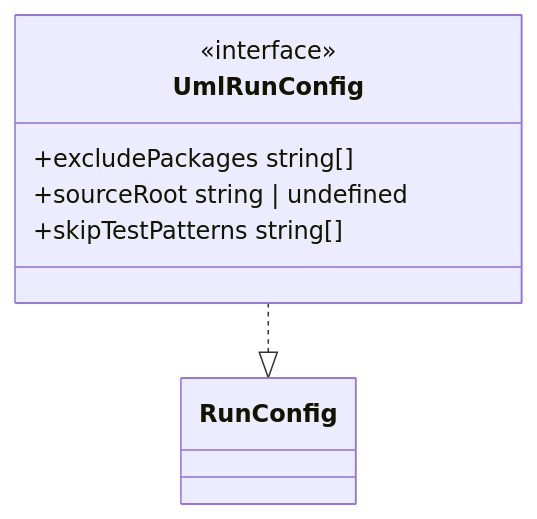
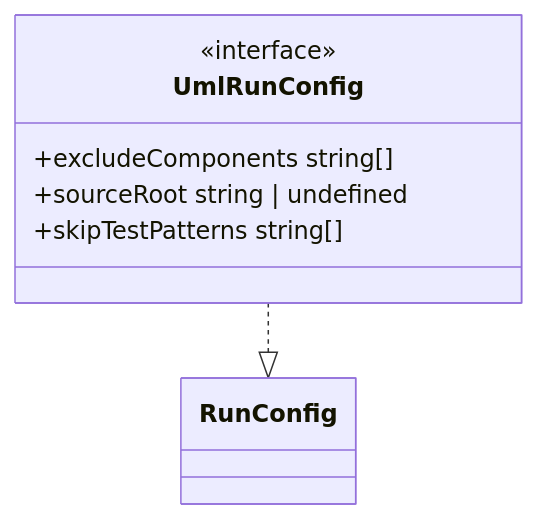
The third of 7 diagrams in javascript/update-markdown-uml/docs/CONTRIBUTING.md (doikayt/build-tools), drawn with Mermaid before and after one commit. The commit also changed other lines of this file and 13 other files, not shown here.

First line of the commit message:
rename --exclude-packages flag to --exclude-components (breaking)

````diff
--- a/javascript/update-markdown-uml/docs/CONTRIBUTING.md
+++ b/javascript/update-markdown-uml/docs/CONTRIBUTING.md
@@ -68,12 +68,12 @@
 ```mermaid
 classDiagram
   direction TB
   class UmlRunConfig {
     <<interface>>
-    +excludePackages string[]
+    +excludeComponents string[]
     +sourceRoot string | undefined
     +skipTestPatterns string[]
   }
 
   UmlRunConfig ..|> RunConfig
 ```
````
